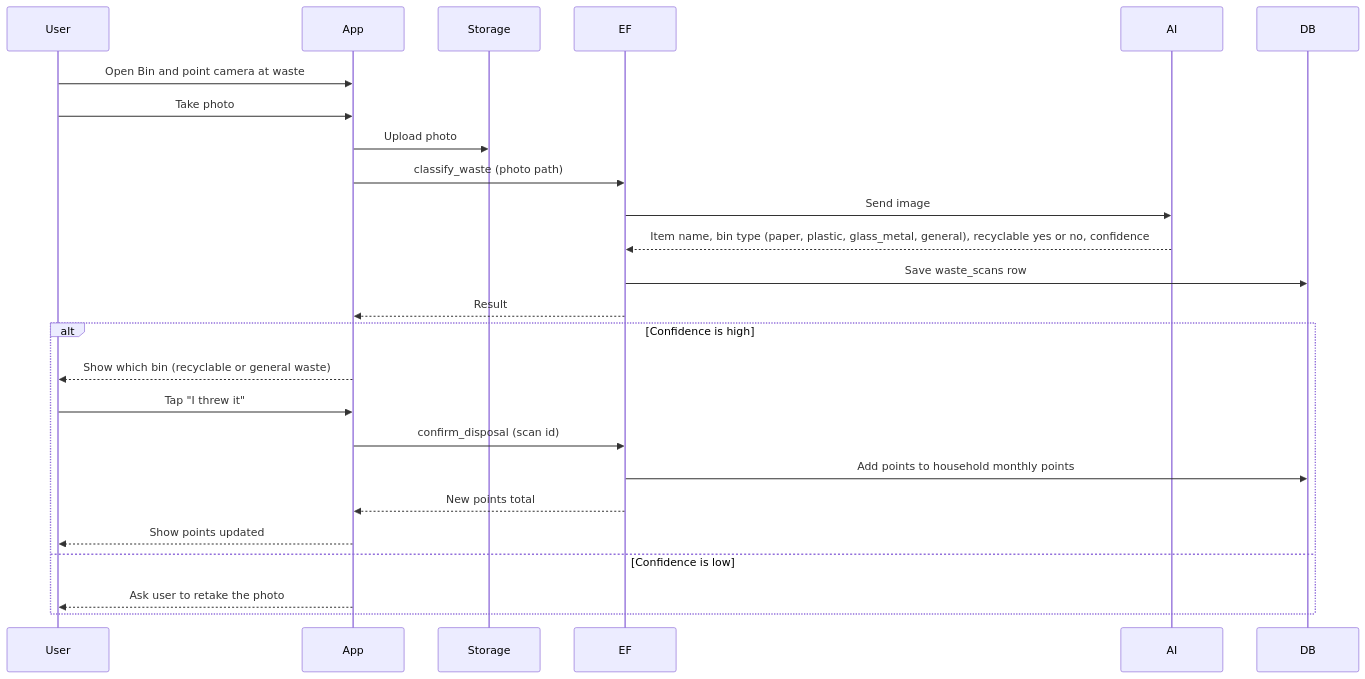
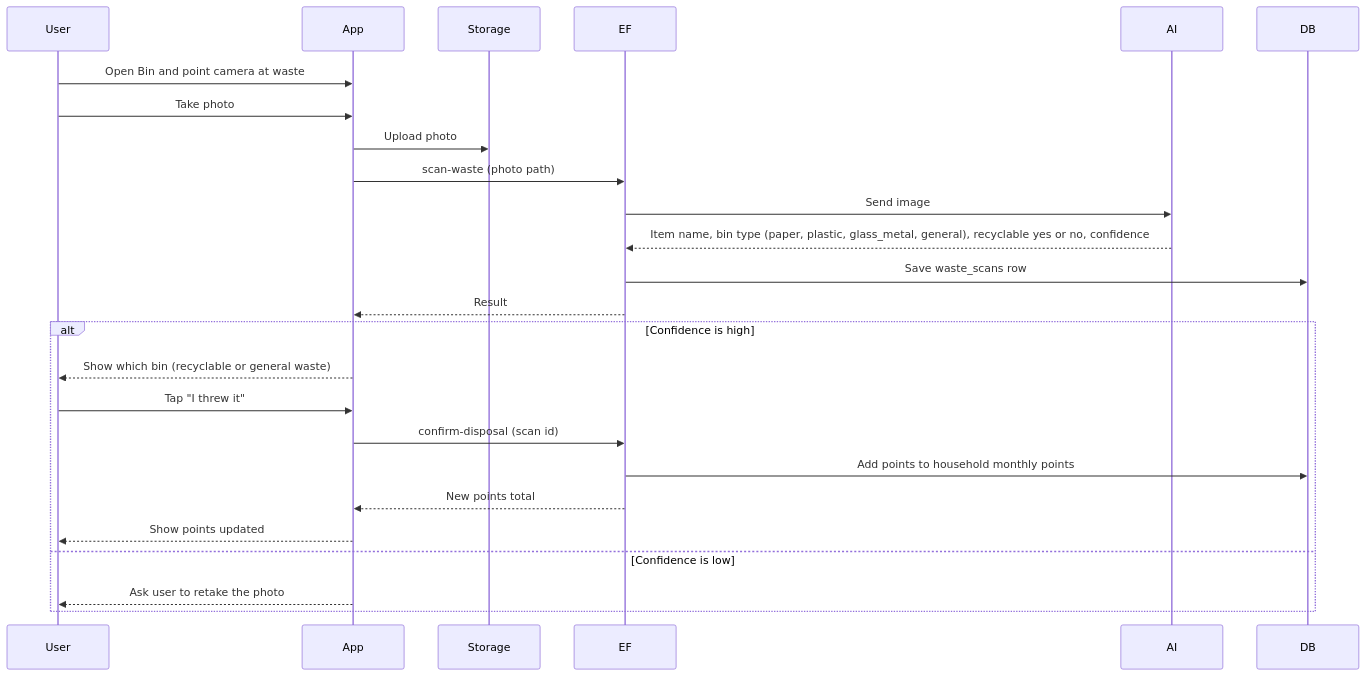
One commit to HONGJIABAO/Simeplify changed the tenth of 15 diagrams in docs/Workflow.md. Above: the diagram before and after it, drawn with Mermaid. The commit also changed other lines of this file and 22 other files, not shown here.

Commit message:
fix(backend): points only after confirm-disposal, cron guard check, local-only tests, lint (BIN-01, BIN-02)

````diff
--- a/docs/Workflow.md
+++ b/docs/Workflow.md
@@ -361,28 +361,28 @@
 ```mermaid
 sequenceDiagram
     participant User
     participant App
     participant Storage
     participant EF
     participant AI
     participant DB
 
     User->>App: Open Bin and point camera at waste
     User->>App: Take photo
     App->>Storage: Upload photo
-    App->>EF: classify_waste (photo path)
+    App->>EF: scan-waste (photo path)
     EF->>AI: Send image
     AI-->>EF: Item name, bin type (paper, plastic, glass_metal, general), recyclable yes or no, confidence
     EF->>DB: Save waste_scans row
     EF-->>App: Result
     alt Confidence is high
         App-->>User: Show which bin (recyclable or general waste)
         User->>App: Tap "I threw it"
-        App->>EF: confirm_disposal (scan id)
+        App->>EF: confirm-disposal (scan id)
         EF->>DB: Add points to household monthly points
         EF-->>App: New points total
         App-->>User: Show points updated
     else Confidence is low
         App-->>User: Ask user to retake the photo
     end
 ```
````
